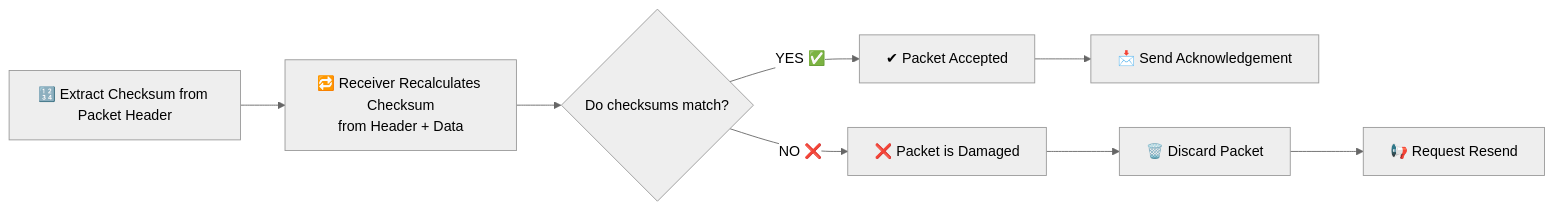
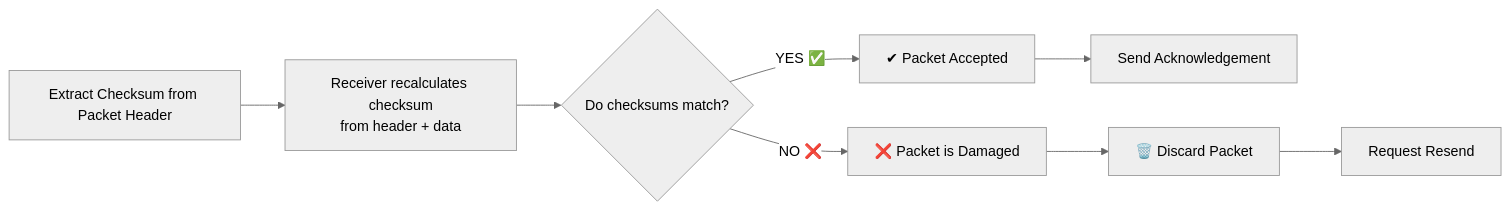
One commit to 24f2007780/app-dev-book changed the third of 3 diagrams in docs/appdev-I-theory/week1/1-network-history-TCP.md. Above: the diagram before and after it, drawn with Mermaid (neutral theme). The commit also changed other lines of this file and 196 other files, not shown here.

````diff
--- a/docs/appdev-I-theory/week1/1-network-history-TCP.md
+++ b/docs/appdev-I-theory/week1/1-network-history-TCP.md
@@ -71,14 +72,14 @@
 ```mermaid
 flowchart LR
-  B[🔢 Extract Checksum from Packet Header]
-  B --> C["🔁 Receiver Recalculates Checksum<br/>from Header + Data"]
+  B["Extract Checksum from Packet Header"]
+  B --> C["Receiver recalculates checksum<br/>from header + data"]
 
   C --> D{Do checksums match?}
 
   D -- "YES ✅" --> E["✔ Packet Accepted"]
-  E --> F["📩 Send Acknowledgement"]
+  E --> F[" Send Acknowledgement"]
 
   D -- "NO ❌" --> G["❌ Packet is Damaged"]
   G --> H["🗑️ Discard Packet"]
-  H --> I["📢 Request Resend"]
+  H --> I[" Request Resend"]
 ```
````
